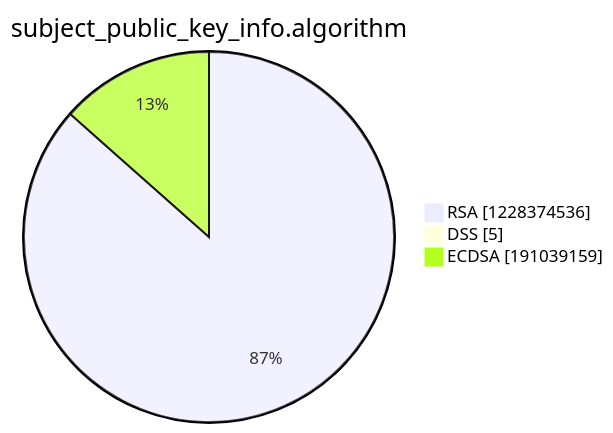
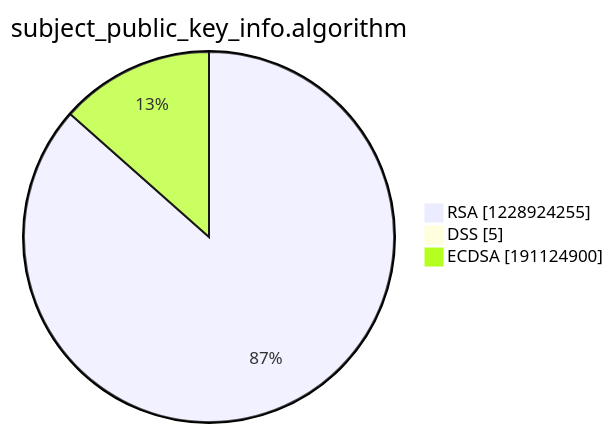
The third of 15 diagrams in argon2022/README.md (christiankrug/ctmonitor_visualization), drawn with Mermaid before and after one commit. The commit also changed other lines of this file, not shown here.

````diff
--- a/argon2022/README.md
+++ b/argon2022/README.md
@@ -14,7 +14,7 @@
 ```mermaid
 pie showData
 title subject_public_key_info.algorithm
-"RSA" :1228374536
+"RSA" :1228924255
 "DSS" :5
-"ECDSA" :191039159
+"ECDSA" :191124900
 ```
````
